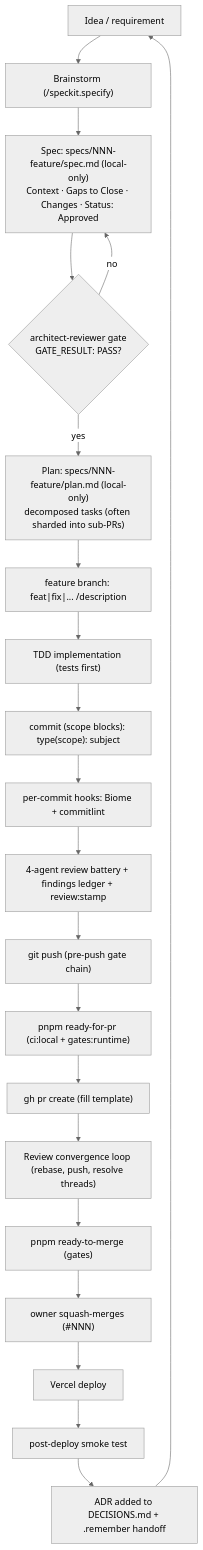
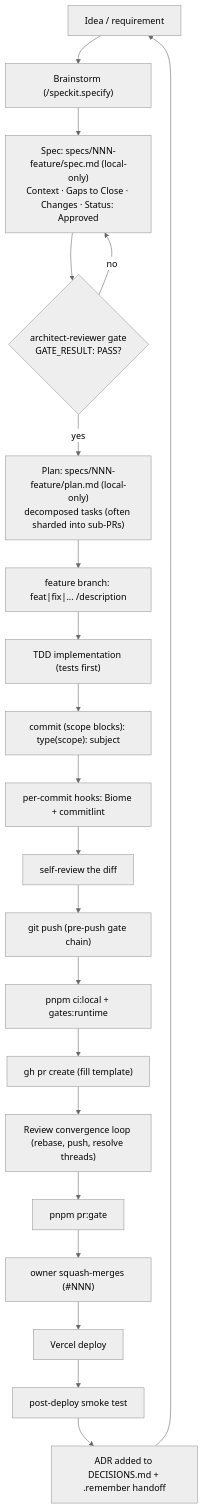
The first of 2 diagrams in docs/handbook/development-lifecycle.md (erikunha/portfolio), drawn with Mermaid (neutral theme) before and after one commit. The commit also changed other lines of this file and 152 other files, not shown here.

Commit message:
chore(harness)!: delete the unproven capabilities, the Codex mirror, the PR-gate wrappers and the AI-review gate chain (#235)

````diff
--- a/docs/handbook/development-lifecycle.md
+++ b/docs/handbook/development-lifecycle.md
@@ -7,23 +7,23 @@
 ```mermaid
 flowchart TD
     idea["Idea / requirement"] --> brainstorm["Brainstorm (/speckit.specify)"]
     brainstorm --> spec["Spec: specs/NNN-feature/spec.md (local-only)<br/>Context · Gaps to Close · Changes · Status: Approved"]
     spec --> agate{"architect-reviewer gate<br/>GATE_RESULT: PASS?"}
     agate -->|no| spec
     agate -->|yes| plan["Plan: specs/NNN-feature/plan.md (local-only)<br/>decomposed tasks (often sharded into sub-PRs)"]
     plan --> branch["feature branch: feat|fix|... /description"]
     branch --> tdd["TDD implementation (tests first)"]
     tdd --> commit["commit (scope blocks): type(scope): subject"]
     commit --> hooks["per-commit hooks: Biome + commitlint"]
-    hooks --> battery["4-agent review battery + findings ledger + review:stamp"]
+    hooks --> battery["self-review the diff"]
     battery --> push["git push (pre-push gate chain)"]
-    push --> readypr["pnpm ready-for-pr (ci:local + gates:runtime)"]
+    push --> readypr["pnpm ci:local + gates:runtime"]
     readypr --> pr["gh pr create (fill template)"]
     pr --> conv["Review convergence loop (rebase, push, resolve threads)"]
-    conv --> readymerge["pnpm ready-to-merge (gates)"]
+    conv --> readymerge["pnpm pr:gate"]
     readymerge --> merge["owner squash-merges (#NNN)"]
     merge --> deploy["Vercel deploy"]
     deploy --> smoke["post-deploy smoke test"]
     smoke --> adr["ADR added to DECISIONS.md + .remember handoff"]
     adr --> idea
 ```
````
